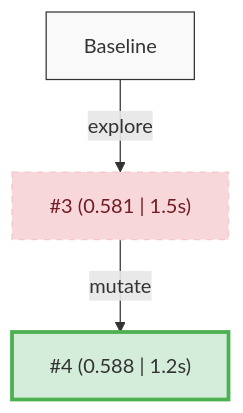
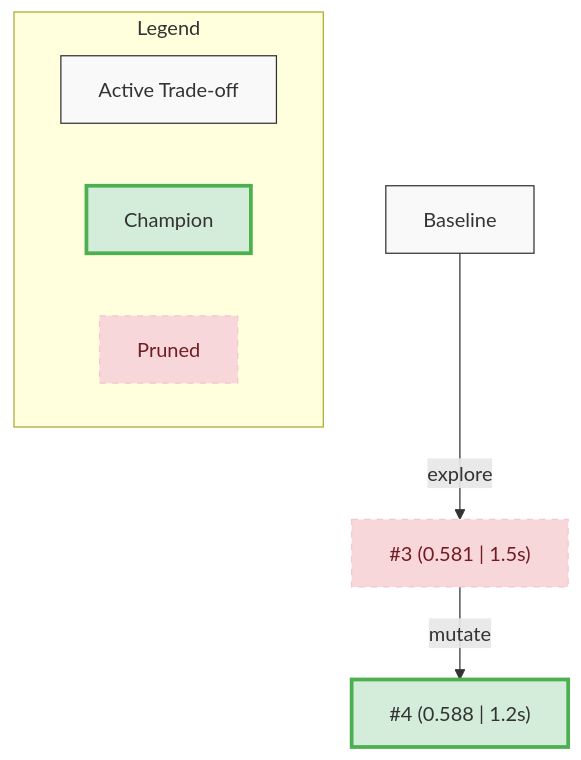
The second of 2 diagrams in skills/evolve/SKILL.md (kaiwong-sapiens/gh-evolve), drawn with Mermaid before and after one commit. The commit also changed other lines of this file, not shown here.

Commit message:
feat: instruct agent to generate a Legend subgraph for the Mermaid diagram

````diff
--- a/skills/evolve/SKILL.md
+++ b/skills/evolve/SKILL.md
@@ -245,12 +245,19 @@
 ```mermaid
 graph TD
   Baseline["Baseline"]
   PR3["#3 (0.581 | 1.5s)"]:::pruned
   PR4["#4 (0.588 | 1.2s)"]:::champion
   Baseline -- explore --> PR3
   PR3 -- mutate --> PR4
 
   classDef default fill:#f9f9f9,stroke:#333,stroke-width:1px;
   classDef champion fill:#d4edda,stroke:#4caf50,stroke-width:3px;
   classDef pruned fill:#f8d7da,stroke:#f5c6cb,stroke-width:1px,color:#721c24,stroke-dasharray: 5 5;
+
+  subgraph Legend
+    direction LR
+    L1["Active Trade-off"]
+    L2["Champion"]:::champion
+    L3["Pruned"]:::pruned
+  end
 ```
````
